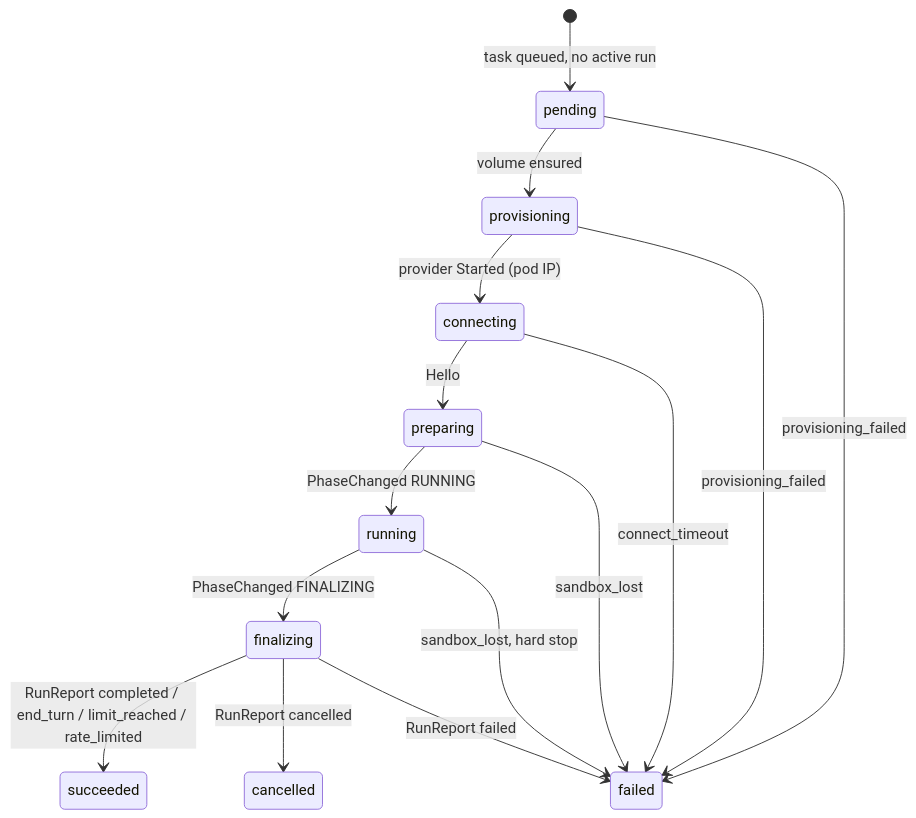
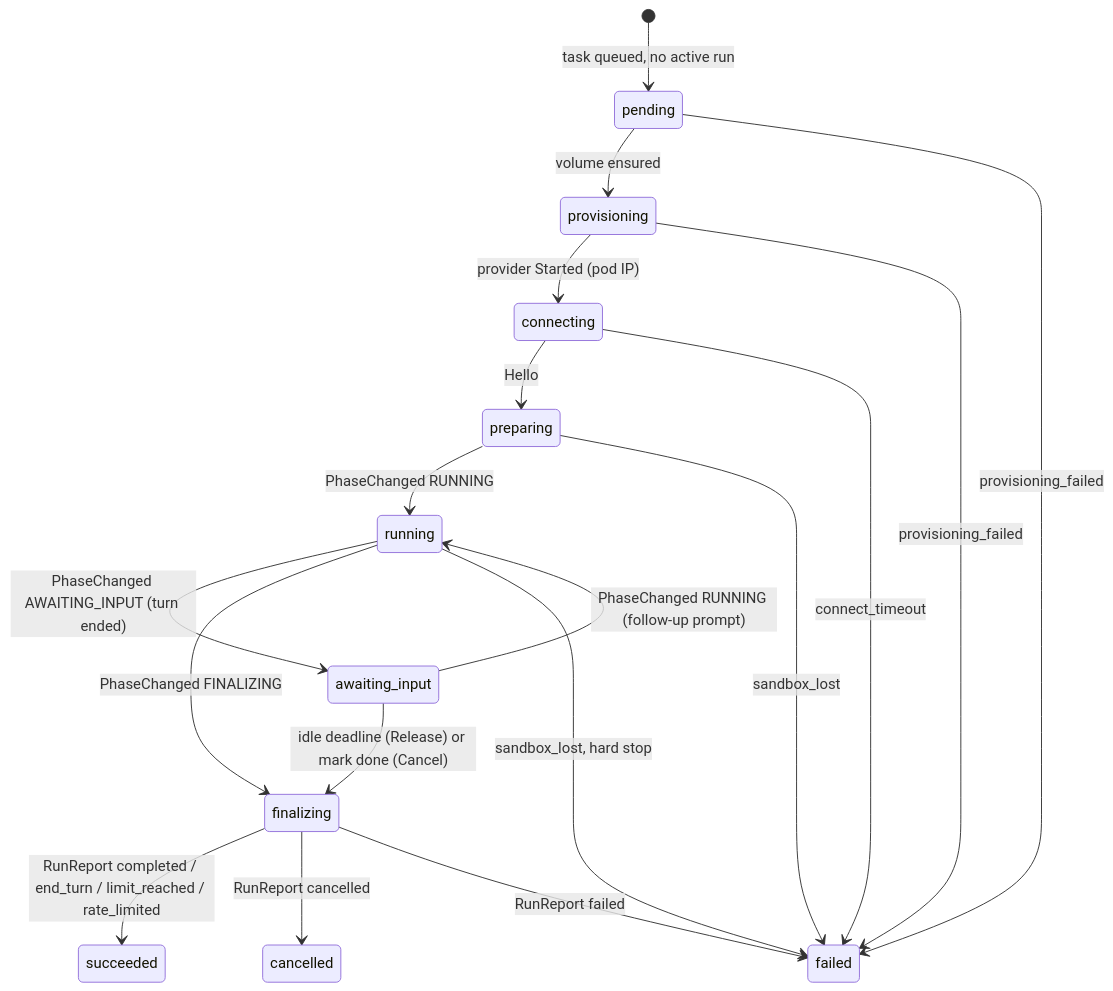
Before and after one commit to prskr/dark-factory: the diagram in crates/df-agent-channel/docs/configuration.md, drawn with Mermaid. The commit also changed other lines of this file and 53 other files, not shown here.

````diff
--- a/crates/df-agent-channel/docs/configuration.md
+++ b/crates/df-agent-channel/docs/configuration.md
@@ -32,17 +33,20 @@
 ```mermaid
 stateDiagram-v2
     [*] --> pending: task queued, no active run
     pending --> provisioning: volume ensured
     pending --> failed: provisioning_failed
     provisioning --> connecting: provider Started (pod IP)
     provisioning --> failed: provisioning_failed
     connecting --> preparing: Hello
     connecting --> failed: connect_timeout
     preparing --> running: PhaseChanged RUNNING
+    running --> awaiting_input: PhaseChanged AWAITING_INPUT (turn ended)
+    awaiting_input --> running: PhaseChanged RUNNING (follow-up prompt)
+    awaiting_input --> finalizing: idle deadline (Release) or mark done (Cancel)
     running --> finalizing: PhaseChanged FINALIZING
     finalizing --> succeeded: RunReport completed / end_turn / limit_reached / rate_limited
     finalizing --> cancelled: RunReport cancelled
     finalizing --> failed: RunReport failed
     preparing --> failed: sandbox_lost
     running --> failed: sandbox_lost, hard stop
 ```
````
